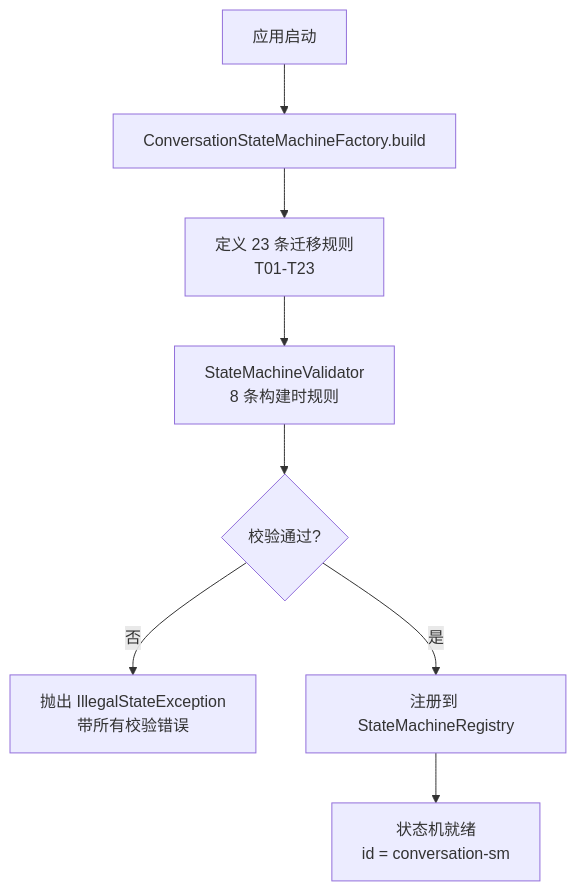
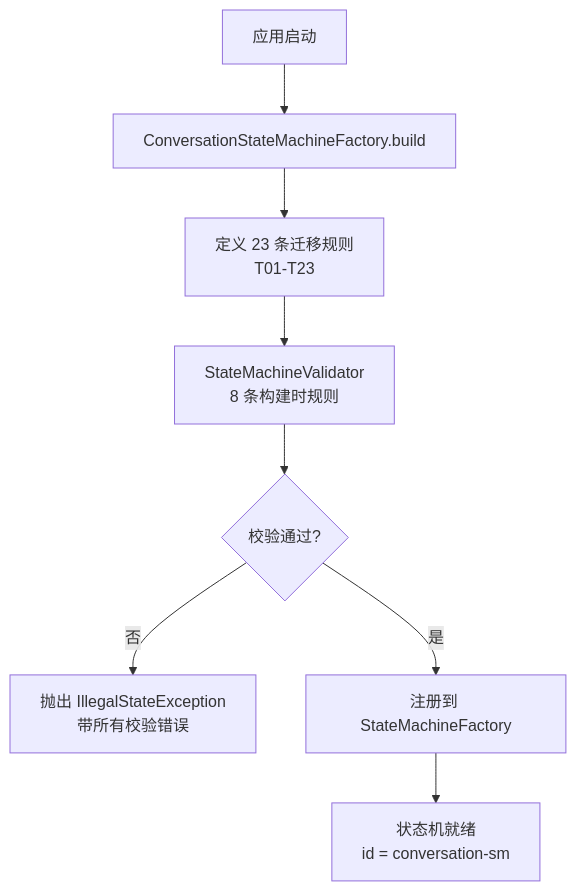
Before and after one commit to huangzhiqiu/ai-knowledge-design: the sixth of 7 diagrams in 08-Code/state-machine/docs/zh/03-State-Transition-Diagrams.md, drawn with Mermaid. The commit also changed 13 other files, not shown here.

````diff
--- a/08-Code/state-machine/docs/zh/03-State-Transition-Diagrams.md
+++ b/08-Code/state-machine/docs/zh/03-State-Transition-Diagrams.md
@@ -235,10 +235,10 @@
 ```mermaid
 flowchart TD
     A[应用启动] --> B[ConversationStateMachineFactory.build]
     B --> C[定义 23 条迁移规则<br/>T01-T23]
     C --> D[StateMachineValidator<br/>8 条构建时规则]
     D --> E{校验通过?}
     E -->|否| F[抛出 IllegalStateException<br/>带所有校验错误]
-    E -->|是| G[注册到 StateMachineRegistry]
+    E -->|是| G[注册到 StateMachineFactory]
     G --> H[状态机就绪<br/>id = conversation-sm]
 ```
````
